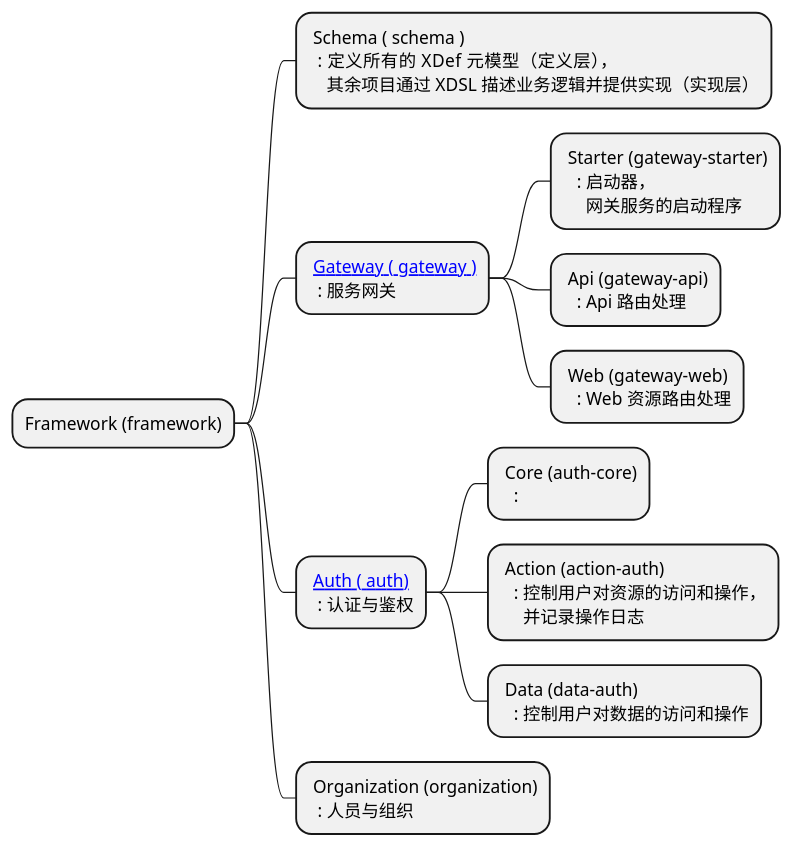
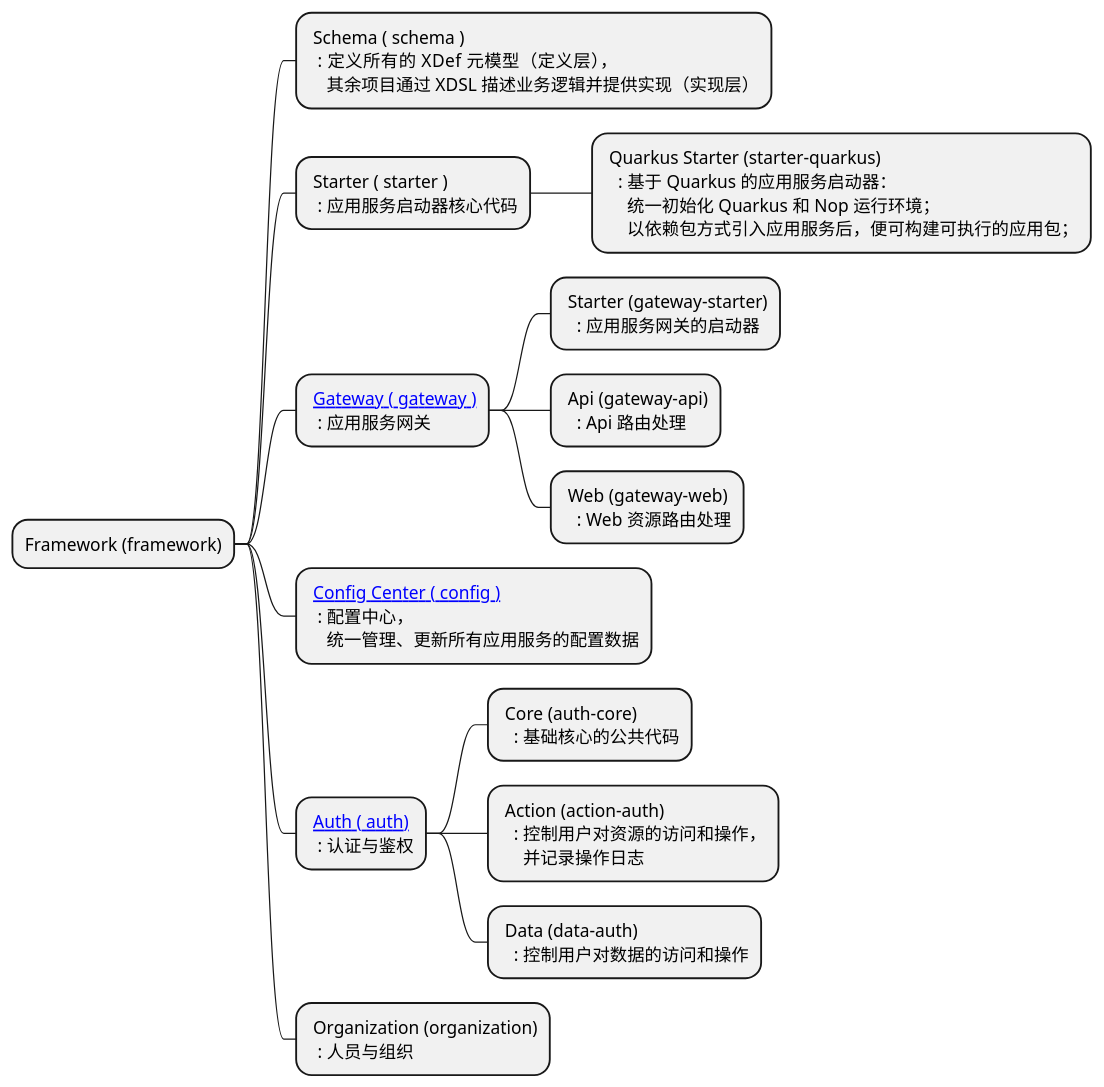
Before and after one commit to crazydan-studio/duzhou.crazydan.io: the diagram in docs/100.platform/100.development/200.framework/500.backend/index.md, drawn with PlantUML. The commit also changed 4 other files, not shown here.

````diff
--- a/docs/100.platform/100.development/200.framework/500.backend/index.md
+++ b/docs/100.platform/100.development/200.framework/500.backend/index.md
@@ -12,32 +12,42 @@
 ```plantuml
 @startmindmap
 * Framework (framework)
 
 **: Schema ( schema )
   : 定义所有的 XDef 元模型（定义层），
     其余项目通过 XDSL 描述业务逻辑并提供实现（实现层）;
 
+**: Starter ( starter )
+  : 应用服务启动器核心代码;
+***: Quarkus Starter (starter-quarkus)
+   : 基于 Quarkus 的应用服务启动器：
+     统一初始化 Quarkus 和 Nop 运行环境；
+     以依赖包方式引入应用服务后，便可构建可执行的应用包；;
+
 **: [[./gateway Gateway ( gateway )]]
-  : 服务网关;
+  : 应用服务网关;
 ***: Starter (gateway-starter)
-   : 启动器，
-     网关服务的启动程序;
+   : 应用服务网关的启动器;
 ***: Api (gateway-api)
    : Api 路由处理;
 ***: Web (gateway-web)
    : Web 资源路由处理;
 
+**: [[./config Config Center ( config )]]
+  : 配置中心，
+    统一管理、更新所有应用服务的配置数据;
+
 **: [[./auth Auth ( auth)]]
   : 认证与鉴权;
 ***: Core (auth-core)
-   : ;
+   : 基础核心的公共代码;
 ***: Action (action-auth)
    : 控制用户对资源的访问和操作，
      并记录操作日志;
 ***: Data (data-auth)
    : 控制用户对数据的访问和操作;
 
 **: Organization (organization)
   : 人员与组织;
 @endmindmap
 ```
````
